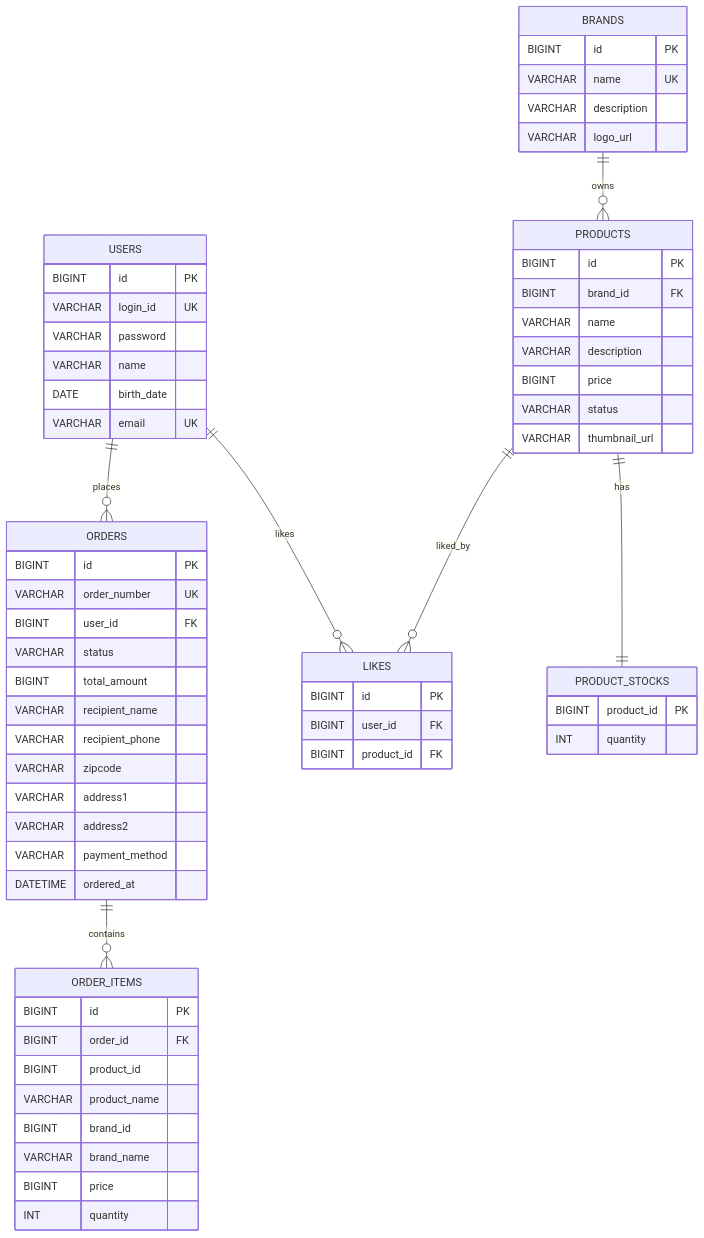
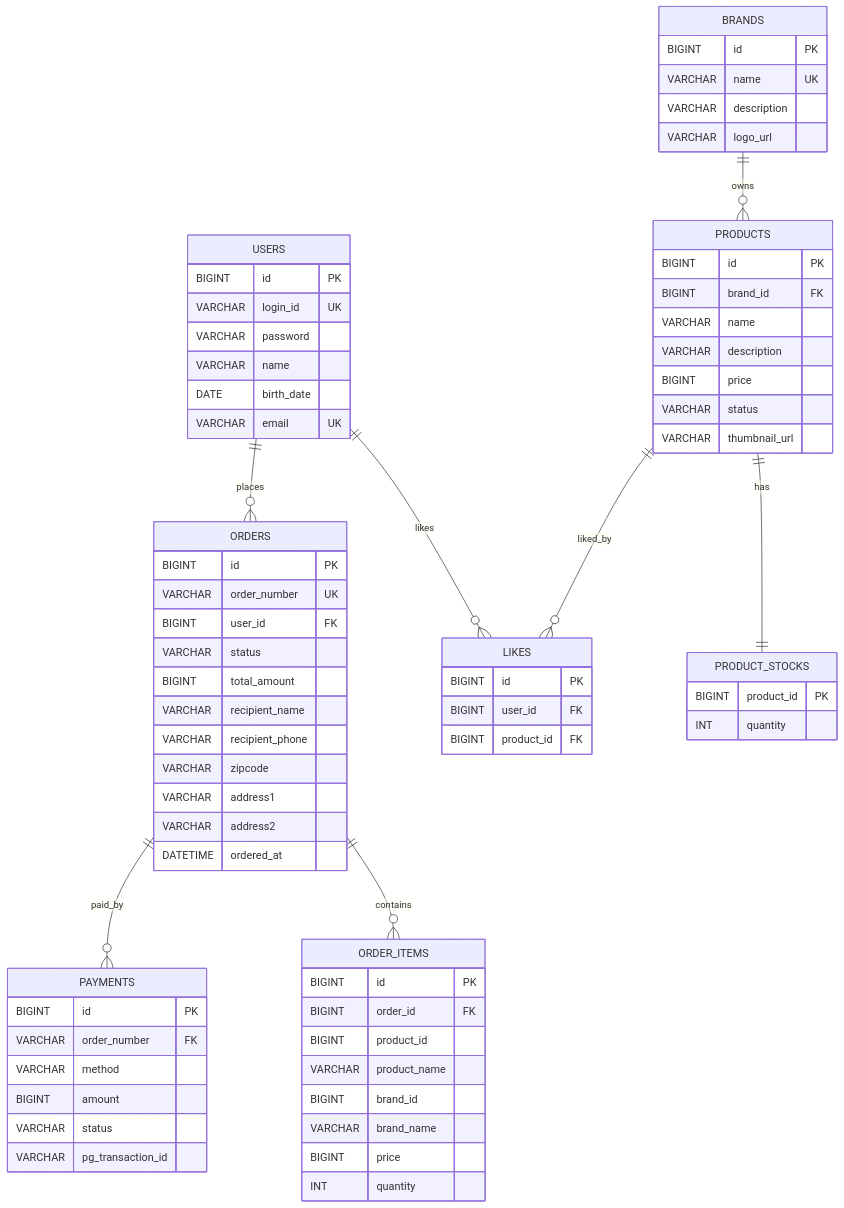
The diagram in docs/week2/04-erd.md (loopers-labs/loop-pack-be-l2-vol4-java), drawn with Mermaid before and after one commit. The commit also changed other lines of this file and 3 other files, not shown here.

````diff
--- a/docs/week2/04-erd.md
+++ b/docs/week2/04-erd.md
@@ -12,72 +12,81 @@
 ```mermaid
 erDiagram
     USERS ||--o{ LIKES : likes
     USERS ||--o{ ORDERS : places
     BRANDS ||--o{ PRODUCTS : owns
     PRODUCTS ||--|| PRODUCT_STOCKS : has
     PRODUCTS ||--o{ LIKES : liked_by
     ORDERS ||--o{ ORDER_ITEMS : contains
+    ORDERS ||--o{ PAYMENTS : paid_by
 
     USERS {
         BIGINT id PK
         VARCHAR login_id UK
         VARCHAR password
         VARCHAR name
         DATE birth_date
         VARCHAR email UK
     }
 
     BRANDS {
         BIGINT id PK
         VARCHAR name UK
         VARCHAR description
         VARCHAR logo_url
     }
 
     PRODUCTS {
         BIGINT id PK
         BIGINT brand_id FK
         VARCHAR name
         VARCHAR description
         BIGINT price
         VARCHAR status
         VARCHAR thumbnail_url
     }
 
     PRODUCT_STOCKS {
         BIGINT product_id PK
         INT quantity
     }
 
     LIKES {
         BIGINT id PK
         BIGINT user_id FK
         BIGINT product_id FK
     }
 
     ORDERS {
         BIGINT id PK
         VARCHAR order_number UK
         BIGINT user_id FK
         VARCHAR status
         BIGINT total_amount
         VARCHAR recipient_name
         VARCHAR recipient_phone
         VARCHAR zipcode
         VARCHAR address1
         VARCHAR address2
-        VARCHAR payment_method
         DATETIME ordered_at
     }
 
     ORDER_ITEMS {
         BIGINT id PK
         BIGINT order_id FK
         BIGINT product_id
         VARCHAR product_name
         BIGINT brand_id
         VARCHAR brand_name
         BIGINT price
         INT quantity
     }
+
+    PAYMENTS {
+        BIGINT id PK
+        VARCHAR order_number FK
+        VARCHAR method
+        BIGINT amount
+        VARCHAR status
+        VARCHAR pg_transaction_id
+    }
 ```
````
